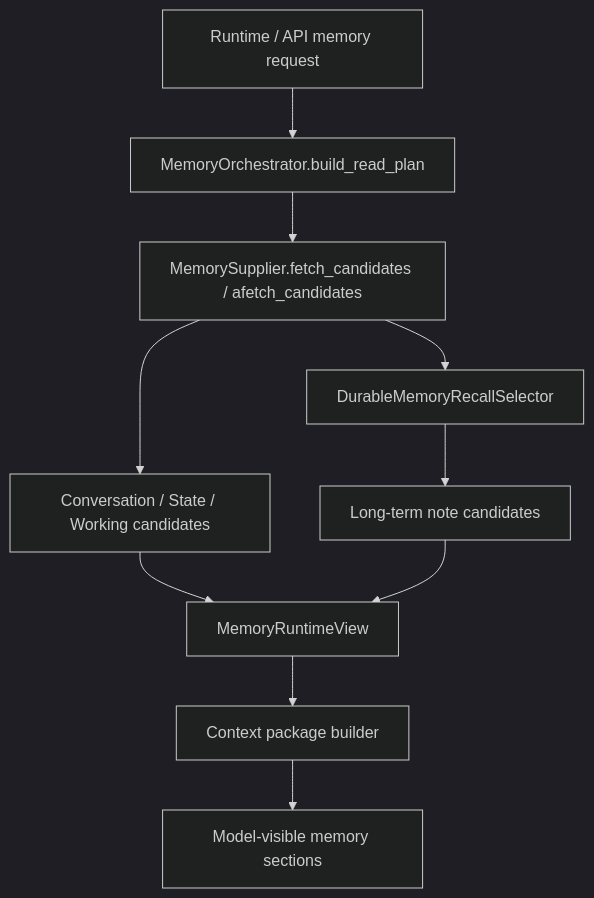
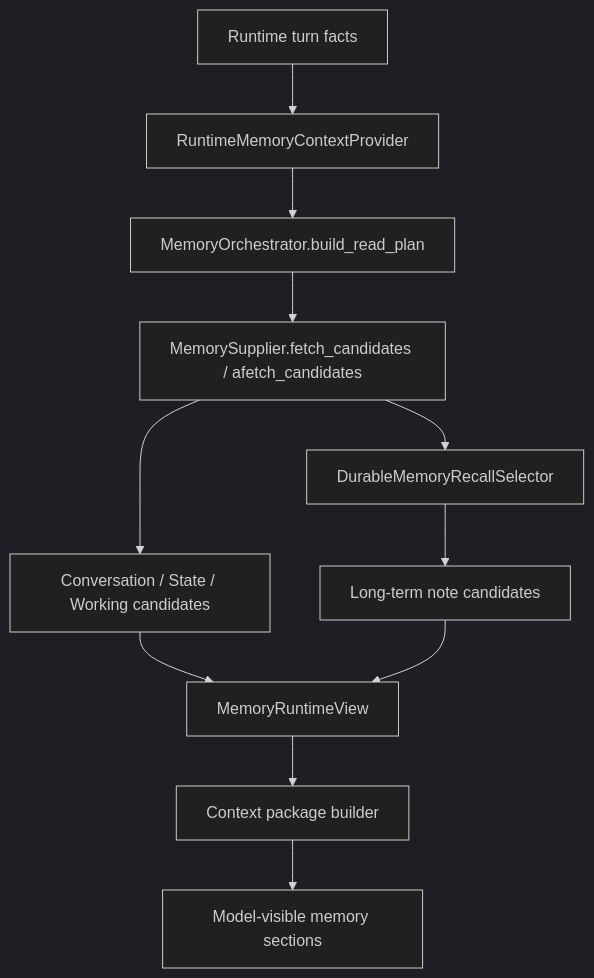
Before and after one commit to wei-boundless/Mythical-Age: the first of 3 diagrams in docs/系统框架/060-记忆系统架构链路审查与设计说明-20260604.md, drawn with Mermaid (dark theme). The commit also changed other lines of this file and 38 other files, not shown here.

````diff
--- a/docs/系统框架/060-记忆系统架构链路审查与设计说明-20260604.md
+++ b/docs/系统框架/060-记忆系统架构链路审查与设计说明-20260604.md
@@ -167,12 +170,13 @@
 ```mermaid
 flowchart TD
-    A["Runtime / API memory request"] --> B["MemoryOrchestrator.build_read_plan"]
-    B --> C["MemorySupplier.fetch_candidates / afetch_candidates"]
-    C --> D["Conversation / State / Working candidates"]
-    C --> E["DurableMemoryRecallSelector"]
-    E --> F["Long-term note candidates"]
-    D --> G["MemoryRuntimeView"]
-    F --> G
-    G --> H["Context package builder"]
-    H --> I["Model-visible memory sections"]
+    A["Runtime turn facts"] --> B["RuntimeMemoryContextProvider"]
+    B --> C["MemoryOrchestrator.build_read_plan"]
+    C --> D["MemorySupplier.fetch_candidates / afetch_candidates"]
+    D --> E["Conversation / State / Working candidates"]
+    D --> F["DurableMemoryRecallSelector"]
+    F --> G["Long-term note candidates"]
+    E --> H["MemoryRuntimeView"]
+    G --> H
+    H --> I["Context package builder"]
+    I --> J["Model-visible memory sections"]
 ```
````
